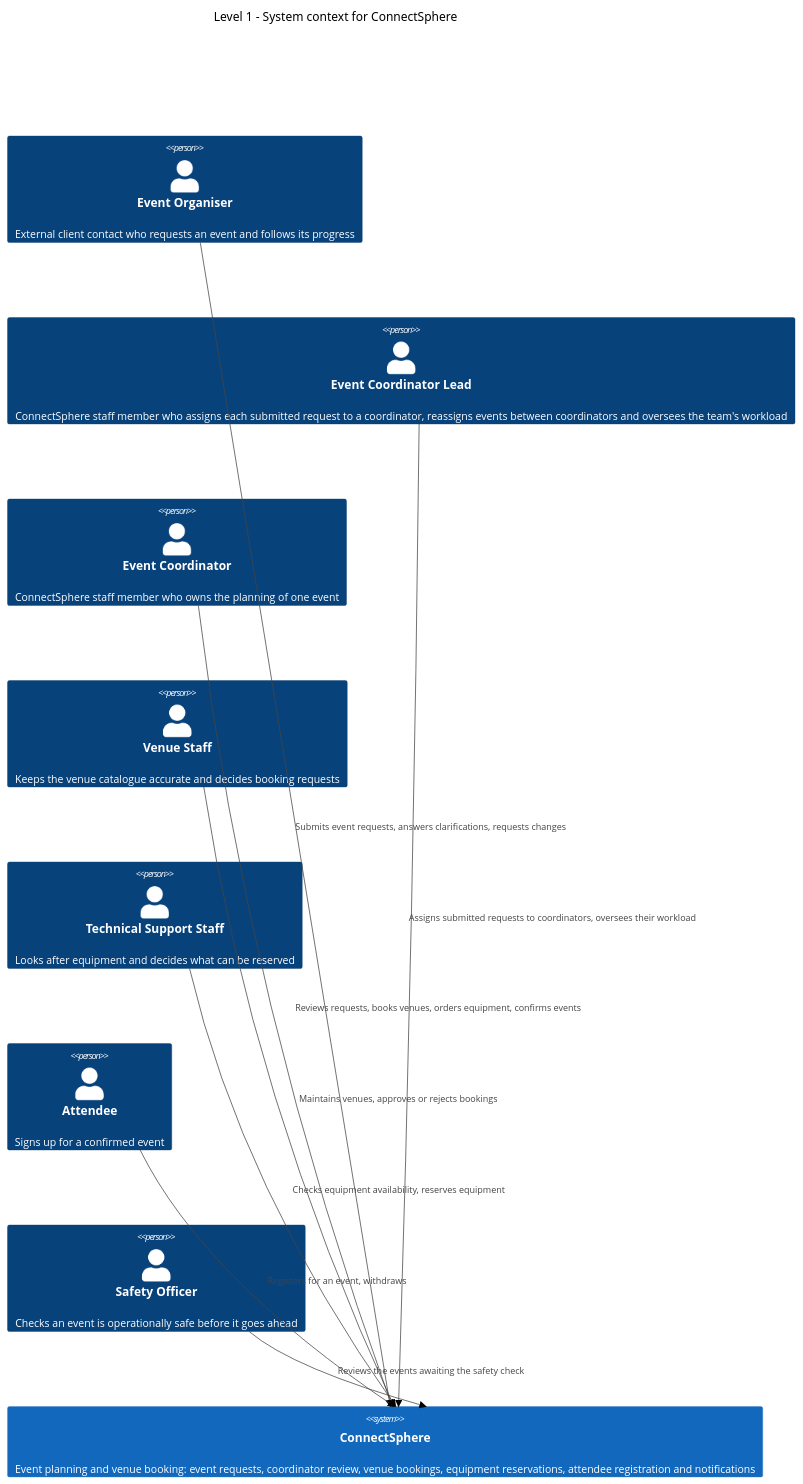
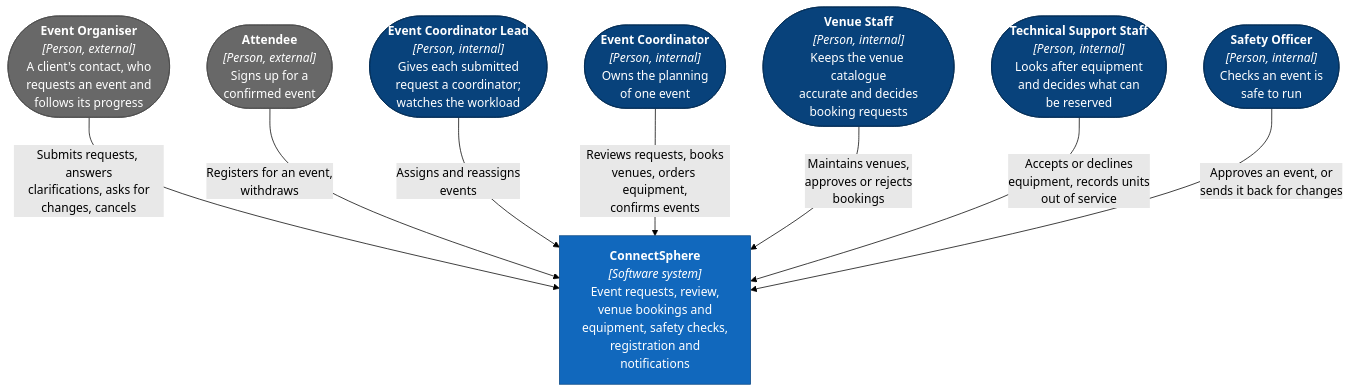
Before and after one commit to mecmk/SPM-G5: the first of 7 diagrams in docs/C4_MODEL.md, drawn with Mermaid (forest theme). The commit also changed other lines of this file, not shown here.

First line of the commit message:
docs: redraw the C4 diagrams as Mermaid flowcharts and add upload storage (#194)

````diff
--- a/docs/C4_MODEL.md
+++ b/docs/C4_MODEL.md
@@ -27,24 +33,25 @@
 ```mermaid
-C4Context
-    title Level 1 - System context for ConnectSphere
+flowchart TB
+    classDef person fill:#08427b,stroke:#052e56,color:#ffffff
+    classDef external fill:#686868,stroke:#4d4d4d,color:#ffffff
+    classDef system fill:#1168bd,stroke:#0b4884,color:#ffffff
 
-    Person(organiser, "Event Organiser", "External client contact who requests an event and follows its progress")
-    Person(lead, "Event Coordinator Lead", "ConnectSphere staff member who assigns each submitted request to a coordinator, reassigns events between coordinators and oversees the team's workload")
-    Person(coordinator, "Event Coordinator", "ConnectSphere staff member who owns the planning of one event")
-    Person(venueStaff, "Venue Staff", "Keeps the venue catalogue accurate and decides booking requests")
-    Person(techStaff, "Technical Support Staff", "Looks after equipment and decides what can be reserved")
-    Person(attendee, "Attendee", "Signs up for a confirmed event")
-    Person(safetyOfficer, "Safety Officer", "Checks an event is operationally safe before it goes ahead")
+    organiser(["<b>Event Organiser</b><br/><i>[Person, external]</i><br/>A client's contact, who<br/>requests an event and<br/>follows its progress"]):::external
+    attendee(["<b>Attendee</b><br/><i>[Person, external]</i><br/>Signs up for a<br/>confirmed event"]):::external
 
-    System(connectsphere, "ConnectSphere", "Event planning and venue booking: event requests, coordinator review, venue bookings, equipment reservations, attendee registration and notifications")
+    lead(["<b>Event Coordinator Lead</b><br/><i>[Person, internal]</i><br/>Gives each submitted<br/>request a coordinator;<br/>watches the workload"]):::person
+    coordinator(["<b>Event Coordinator</b><br/><i>[Person, internal]</i><br/>Owns the planning<br/>of one event"]):::person
+    venueStaff(["<b>Venue Staff</b><br/><i>[Person, internal]</i><br/>Keeps the venue catalogue<br/>accurate and decides<br/>booking requests"]):::person
+    techStaff(["<b>Technical Support Staff</b><br/><i>[Person, internal]</i><br/>Looks after equipment<br/>and decides what can<br/>be reserved"]):::person
+    safetyOfficer(["<b>Safety Officer</b><br/><i>[Person, internal]</i><br/>Checks an event is<br/>safe to run"]):::person
 
-    Rel(organiser, connectsphere, "Submits event requests, answers clarifications, requests changes")
-    Rel(lead, connectsphere, "Assigns submitted requests to coordinators, oversees their workload")
-    Rel(coordinator, connectsphere, "Reviews requests, books venues, orders equipment, confirms events")
-    Rel(venueStaff, connectsphere, "Maintains venues, approves or rejects bookings")
-    Rel(techStaff, connectsphere, "Checks equipment availability, reserves equipment")
-    Rel(attendee, connectsphere, "Registers for an event, withdraws")
-    Rel(safetyOfficer, connectsphere, "Reviews the events awaiting the safety check")
+    connectsphere["<b>ConnectSphere</b><br/><i>[Software system]</i><br/>Event requests, review,<br/>venue bookings and<br/>equipment, safety checks,<br/>registration and<br/>notifications"]:::system
 
-    UpdateLayoutConfig($c4ShapeInRow="3", $c4BoundaryInRow="1")
+    organiser -->|"Submits requests, answers<br/>clarifications, asks for<br/>changes, cancels"| connectsphere
+    attendee -->|"Registers for an event,<br/>withdraws"| connectsphere
+    lead -->|"Assigns and reassigns<br/>events"| connectsphere
+    coordinator -->|"Reviews requests, books<br/>venues, orders equipment,<br/>confirms events"| connectsphere
+    venueStaff -->|"Maintains venues,<br/>approves or rejects<br/>bookings"| connectsphere
+    techStaff -->|"Accepts or declines<br/>equipment, records units<br/>out of service"| connectsphere
+    safetyOfficer -->|"Approves an event, or<br/>sends it back for changes"| connectsphere
 ```
````
